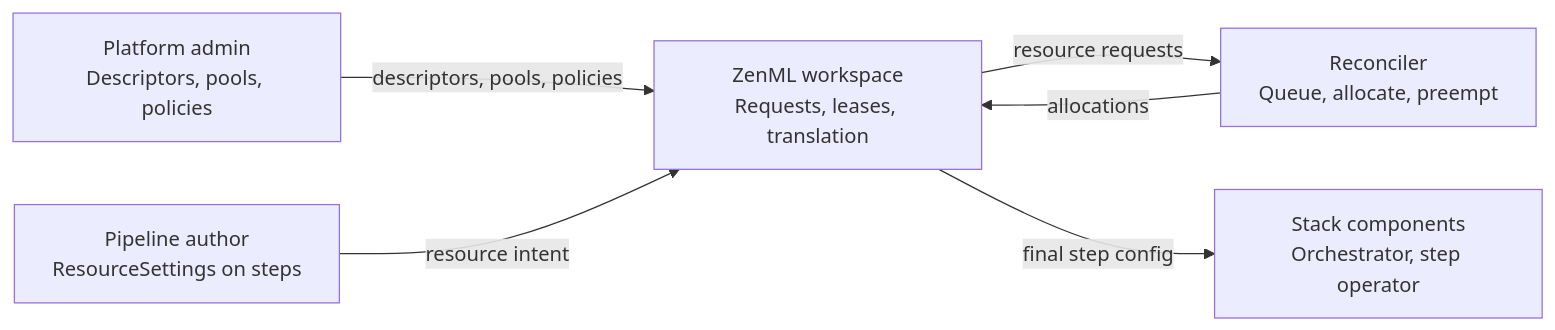
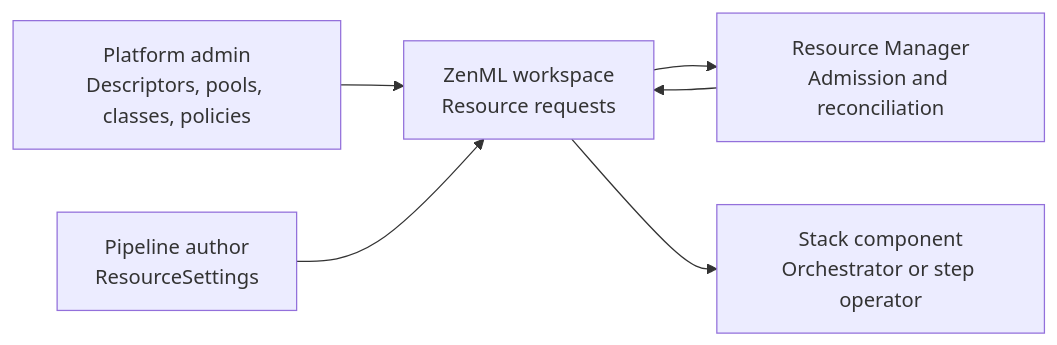
The diagram in docs/book/getting-started/zenml-pro/resource-pools.md (zenml-io/zenml), drawn with Mermaid before and after one commit. The commit also changed other lines of this file and 9 other files, not shown here.

````diff
--- a/docs/book/getting-started/zenml-pro/resource-pools.md
+++ b/docs/book/getting-started/zenml-pro/resource-pools.md
@@ -156,14 +110,14 @@
 ```mermaid
 flowchart LR
-    Admin[Platform admin<br/>Descriptors, pools, policies]
-    User[Pipeline author<br/>ResourceSettings on steps]
-    ZenML[ZenML workspace<br/>Requests, leases, translation]
-    Reconciler[Reconciler<br/>Queue, allocate, preempt]
-    Infra[Stack components<br/>Orchestrator, step operator]
+    Admin[Platform admin<br/>Descriptors, pools, classes, policies]
+    Author[Pipeline author<br/>ResourceSettings]
+    Workspace[ZenML workspace<br/>Resource requests]
+    RM[Resource Manager<br/>Admission and reconciliation]
+    Target[Stack component<br/>Orchestrator or step operator]
 
-    Admin -->|descriptors, pools, policies| ZenML
-    User -->|resource intent| ZenML
-    ZenML -->|resource requests| Reconciler
-    Reconciler -->|allocations| ZenML
-    ZenML -->|final step config| Infra
+    Admin --> Workspace
+    Author --> Workspace
+    Workspace --> RM
+    RM --> Workspace
+    Workspace --> Target
 ```
````
